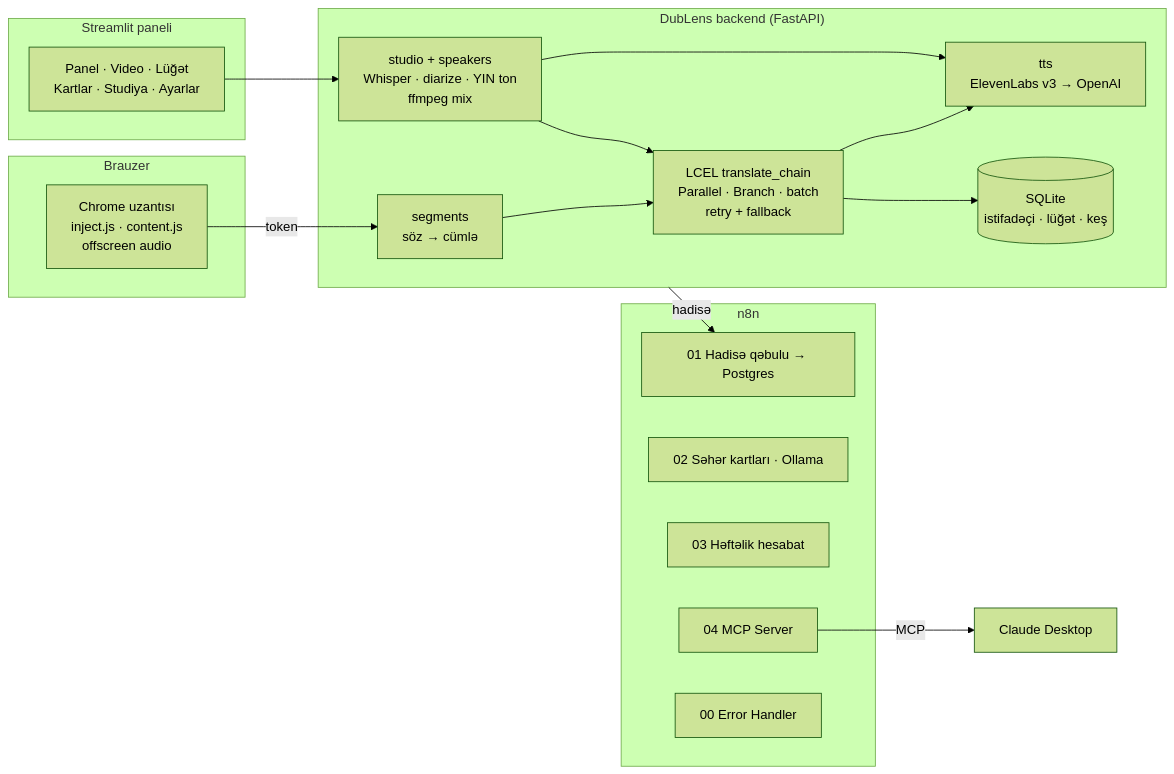
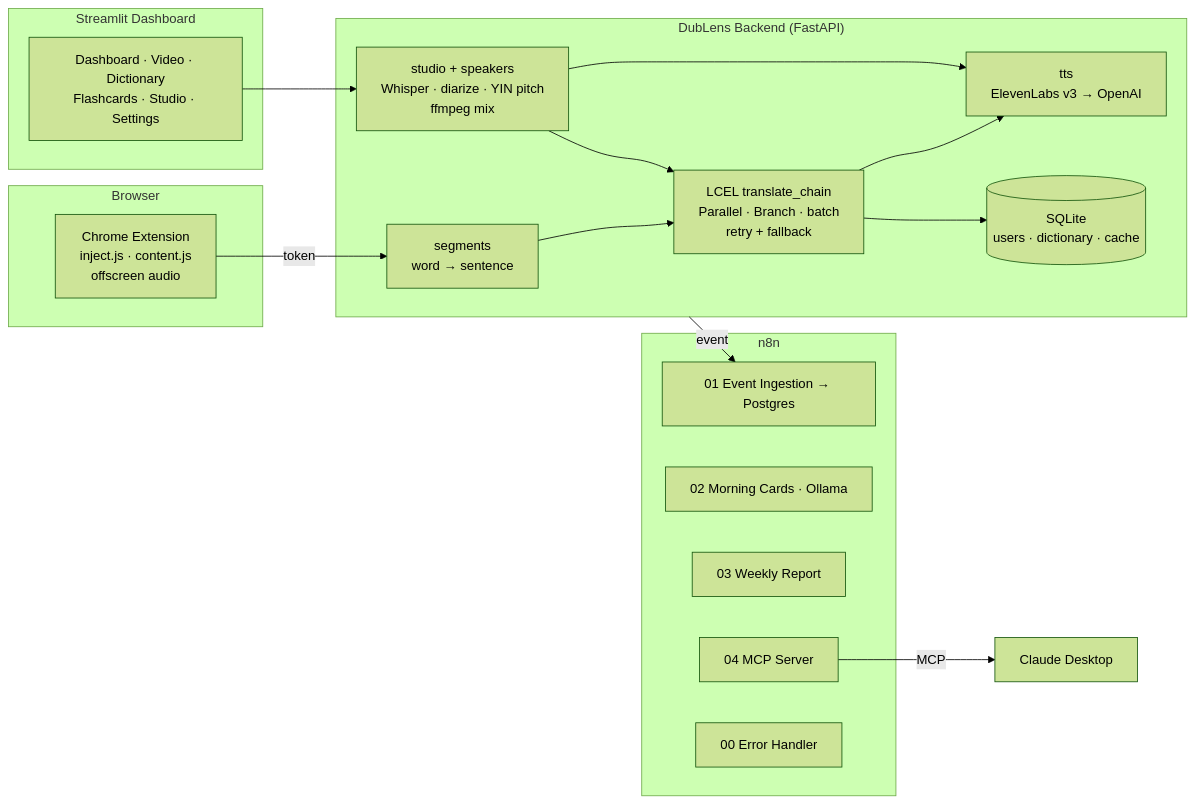
One commit to sakinadd/Dublens changed the diagram in README.md. Above: the diagram before and after it, drawn with Mermaid (forest theme). The commit also changed other lines of this file and 1 other file, not shown here.

````diff
--- a/README.md
+++ b/README.md
@@ -13,29 +12,29 @@
 ```mermaid
 flowchart LR
-    subgraph Brauzer
-        EXT["Chrome uzantısı<br/>inject.js · content.js<br/>offscreen audio"]
+    subgraph Browser
+        EXT["Chrome Extension<br/>inject.js · content.js<br/>offscreen audio"]
     end
-    subgraph Panel["Streamlit paneli"]
-        UI["Panel · Video · Lüğət<br/>Kartlar · Studiya · Ayarlar"]
+    subgraph Panel["Streamlit Dashboard"]
+        UI["Dashboard · Video · Dictionary<br/>Flashcards · Studio · Settings"]
     end
-    subgraph Backend["DubLens backend (FastAPI)"]
-        SEG["segments<br/>söz → cümlə"]
+    subgraph Backend["DubLens Backend (FastAPI)"]
+        SEG["segments<br/>word → sentence"]
         LCEL["LCEL translate_chain<br/>Parallel · Branch · batch<br/>retry + fallback"]
-        STU["studio + speakers<br/>Whisper · diarize · YIN ton<br/>ffmpeg mix"]
+        STU["studio + speakers<br/>Whisper · diarize · YIN pitch<br/>ffmpeg mix"]
         TTS["tts<br/>ElevenLabs v3 → OpenAI"]
-        DB[("SQLite<br/>istifadəçi · lüğət · keş")]
+        DB[("SQLite<br/>users · dictionary · cache")]
     end
     subgraph N8N["n8n"]
-        W1["01 Hadisə qəbulu → Postgres"]
-        W2["02 Səhər kartları · Ollama"]
-        W3["03 Həftəlik hesabat"]
+        W1["01 Event Ingestion → Postgres"]
+        W2["02 Morning Cards · Ollama"]
+        W3["03 Weekly Report"]
         W4["04 MCP Server"]
         W0["00 Error Handler"]
     end
     EXT -- token --> SEG --> LCEL --> TTS
     UI --> STU --> LCEL
     STU --> TTS
     LCEL --> DB
-    Backend -- hadisə --> W1
+    Backend -- event --> W1
     W4 -- MCP --> CL["Claude Desktop"]
 ```
````
